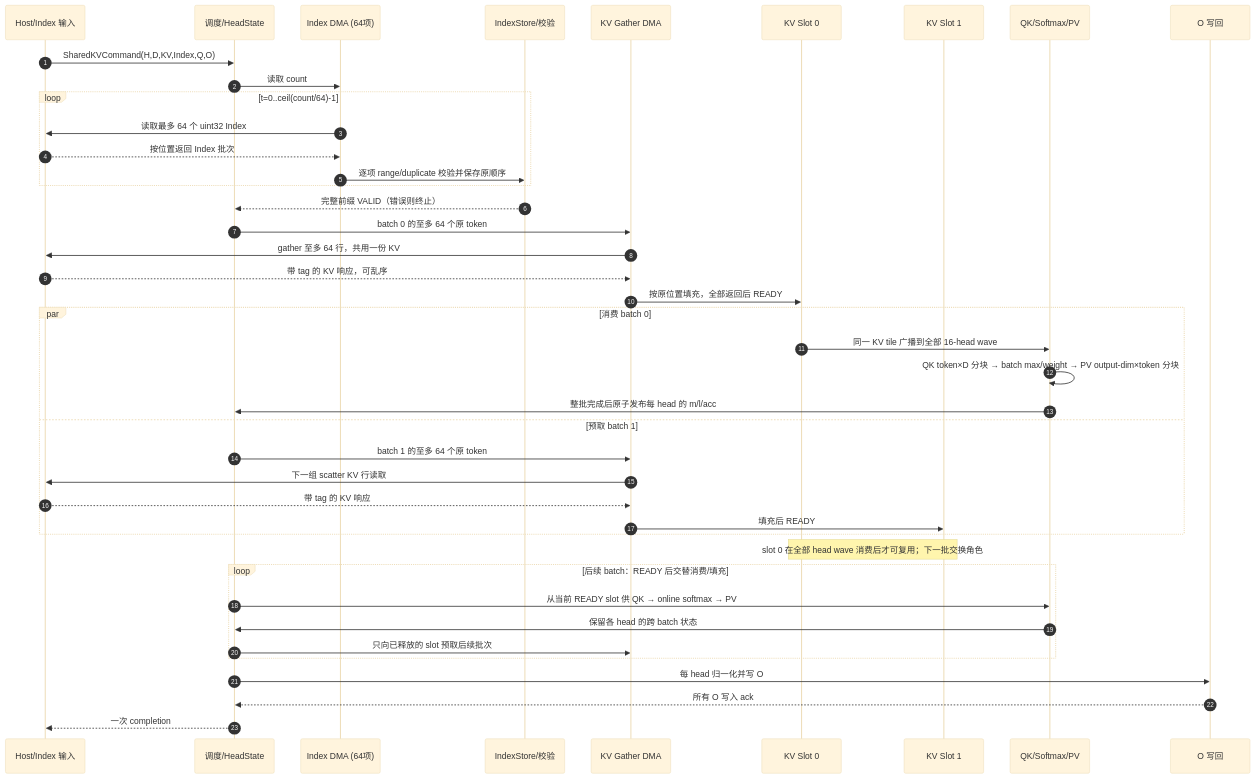
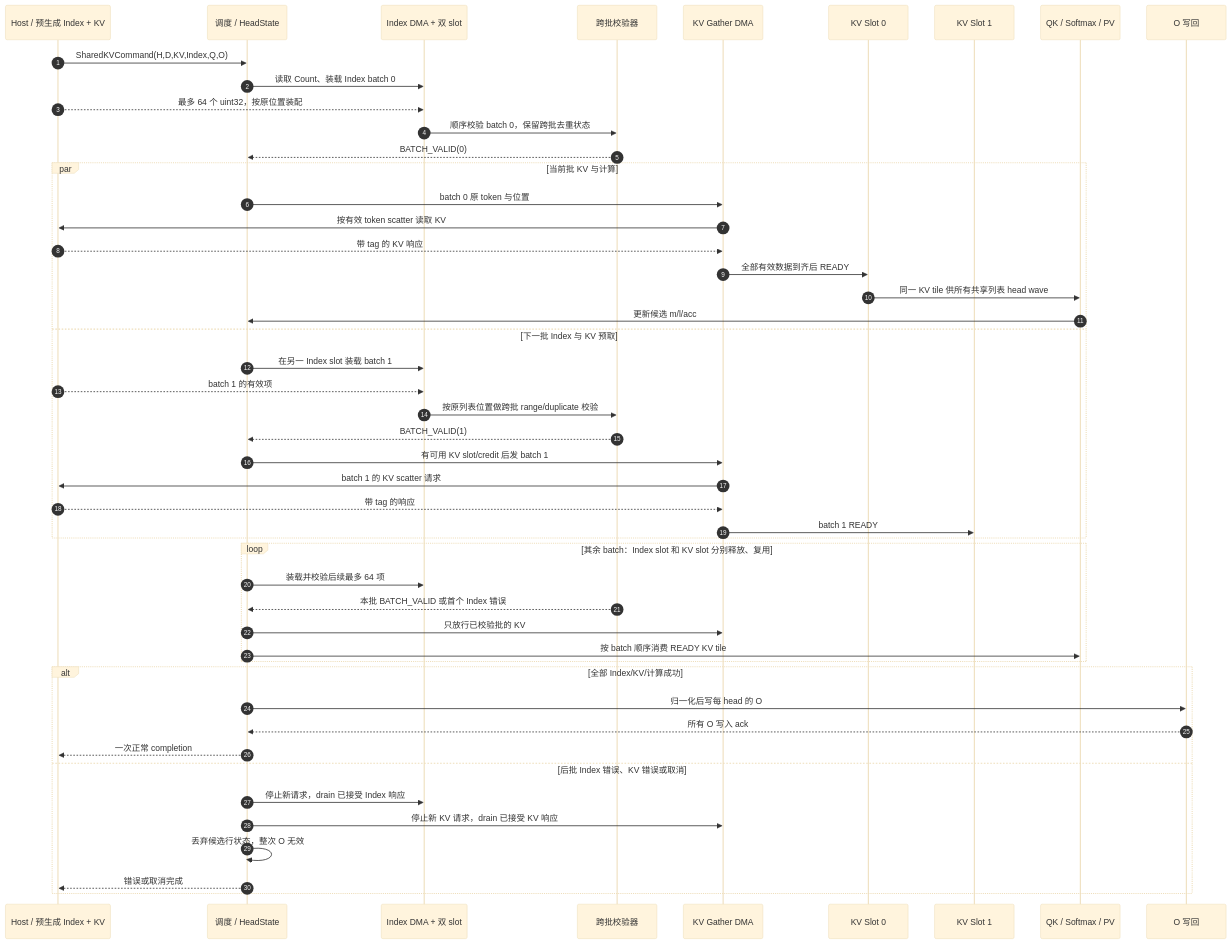
The diagram in designs/sparsefa/ndf/l2/fa2-core-skv-swimlane-1005.md (PTO-ISA/pyCircuit), drawn with Mermaid (base theme) before and after one commit. The commit also changed other lines of this file and 44 other files, not shown here.

Commit message:
[Other] Specify streamed-index SparseFA architecture and timing traces

````diff
--- a/designs/sparsefa/ndf/l2/fa2-core-skv-swimlane-1005.md
+++ b/designs/sparsefa/ndf/l2/fa2-core-skv-swimlane-1005.md
@@ -10,45 +10,52 @@
 ```mermaid
 sequenceDiagram
     autonumber
-    participant Host as Host/Index 输入
-    participant Sch as 调度/HeadState
-    participant Idx as Index DMA (64项)
-    participant Val as IndexStore/校验
+    participant Host as Host / 预生成 Index + KV
+    participant Sch as 调度 / HeadState
+    participant Idx as Index DMA + 双 slot
+    participant Val as 跨批校验器
     participant DMA as KV Gather DMA
     participant S0 as KV Slot 0
     participant S1 as KV Slot 1
-    participant MAC as QK/Softmax/PV
+    participant MAC as QK / Softmax / PV
     participant O as O 写回
 
     Host->>Sch: SharedKVCommand(H,D,KV,Index,Q,O)
-    Sch->>Idx: 读取 count
-    loop t=0..ceil(count/64)-1
-        Idx->>Host: 读取最多 64 个 uint32 Index
-        Host-->>Idx: 按位置返回 Index 批次
-        Idx->>Val: 逐项 range/duplicate 校验并保存原顺序
+    Sch->>Idx: 读取 Count、装载 Index batch 0
+    Host-->>Idx: 最多 64 个 uint32，按原位置装配
+    Idx->>Val: 顺序校验 batch 0，保留跨批去重状态
+    Val-->>Sch: BATCH_VALID(0)
+    par 当前批 KV 与计算
+        Sch->>DMA: batch 0 原 token 与位置
+        DMA->>Host: 按有效 token scatter 读取 KV
+        Host-->>DMA: 带 tag 的 KV 响应
+        DMA->>S0: 全部有效数据到齐后 READY
+        S0->>MAC: 同一 KV tile 供所有共享列表 head wave
+        MAC->>Sch: 更新候选 m/l/acc
+    and 下一批 Index 与 KV 预取
+        Sch->>Idx: 在另一 Index slot 装载 batch 1
+        Host-->>Idx: batch 1 的有效项
+        Idx->>Val: 按原列表位置做跨批 range/duplicate 校验
+        Val-->>Sch: BATCH_VALID(1)
+        Sch->>DMA: 有可用 KV slot/credit 后发 batch 1
+        DMA->>Host: batch 1 的 KV scatter 请求
+        Host-->>DMA: 带 tag 的响应
+        DMA->>S1: batch 1 READY
     end
-    Val-->>Sch: 完整前缀 VALID（错误则终止）
-    Sch->>DMA: batch 0 的至多 64 个原 token
-    DMA->>Host: gather 至多 64 行，共用一份 KV
-    Host-->>DMA: 带 tag 的 KV 响应，可乱序
-    DMA->>S0: 按原位置填充，全部返回后 READY
-    par 消费 batch 0
-        S0->>MAC: 同一 KV tile 广播到全部 16-head wave
-        MAC->>MAC: QK token×D 分块 → batch max/weight → PV output-dim×token 分块
-        MAC->>Sch: 整批完成后原子发布每 head 的 m/l/acc
-    and 预取 batch 1
-        Sch->>DMA: batch 1 的至多 64 个原 token
-        DMA->>Host: 下一组 scatter KV 行读取
-        Host-->>DMA: 带 tag 的 KV 响应
-        DMA->>S1: 填充后 READY
+    loop 其余 batch：Index slot 和 KV slot 分别释放、复用
+        Sch->>Idx: 装载并校验后续最多 64 项
+        Val-->>Sch: 本批 BATCH_VALID 或首个 Index 错误
+        Sch->>DMA: 只放行已校验批的 KV
+        Sch->>MAC: 按 batch 顺序消费 READY KV tile
     end
-    Note over S0,S1: slot 0 在全部 head wave 消费后才可复用；下一批交换角色
-    loop 后续 batch：READY 后交替消费/填充
-        Sch->>MAC: 从当前 READY slot 供 QK → online softmax → PV
-        MAC->>Sch: 保留各 head 的跨 batch 状态
-        Sch->>DMA: 只向已释放的 slot 预取后续批次
+    alt 全部 Index/KV/计算成功
+        Sch->>O: 归一化后写每 head 的 O
+        O-->>Sch: 所有 O 写入 ack
+        Sch-->>Host: 一次正常 completion
+    else 后批 Index 错误、KV 错误或取消
+        Sch->>Idx: 停止新请求，drain 已接受 Index 响应
+        Sch->>DMA: 停止新 KV 请求，drain 已接受 KV 响应
+        Sch->>Sch: 丢弃候选行状态，整次 O 无效
+        Sch-->>Host: 错误或取消完成
     end
-    Sch->>O: 每 head 归一化并写 O
-    O-->>Sch: 所有 O 写入 ack
-    Sch-->>Host: 一次 completion
 ```
````
